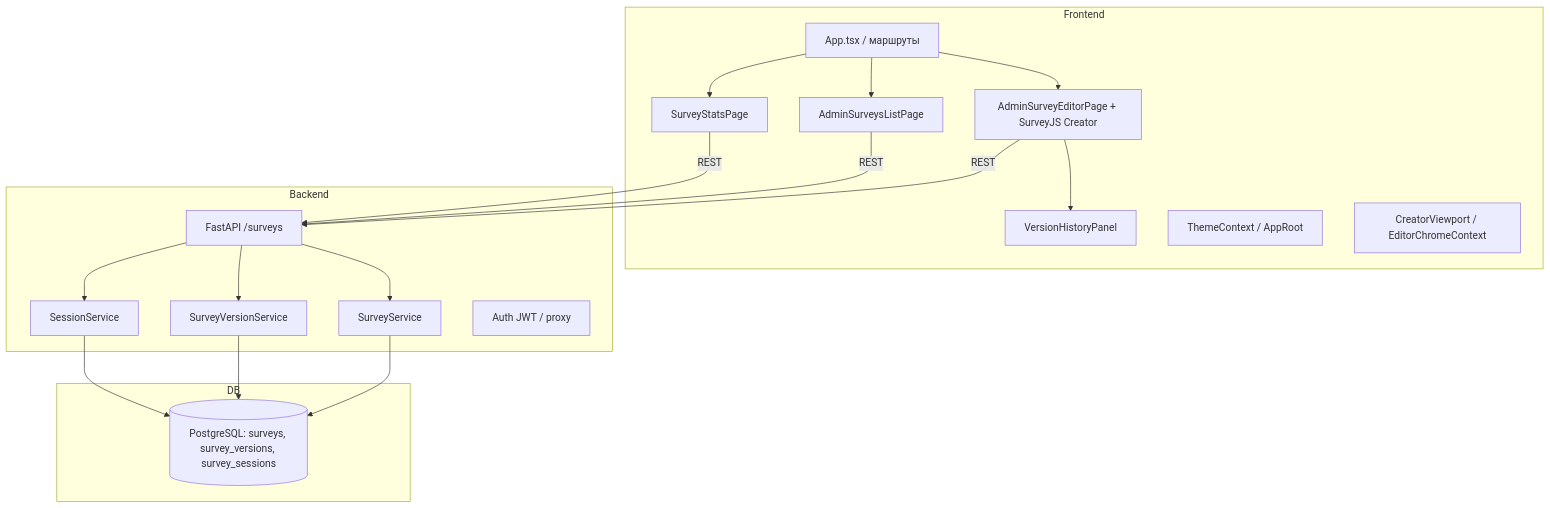
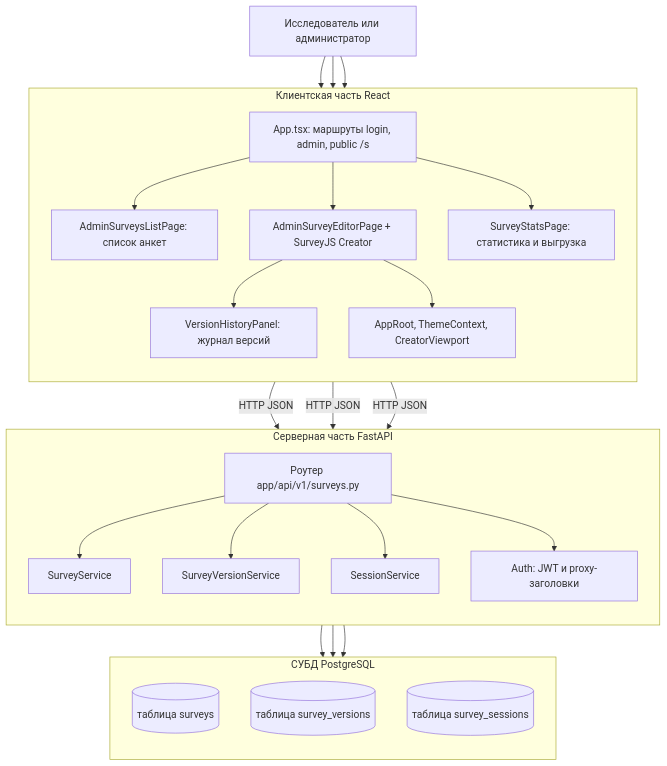
One commit to sanya2905/survey-constructor-service changed the third of 3 diagrams in docs/vkr-podsystema-konstruktor-anketirovaniya.md. Above: the diagram before and after it, drawn with Mermaid. The commit also changed other lines of this file, not shown here.

Commit message:
docs: вертикальная диаграмма 2.5 и развёрнутое описание компонентов

````diff
--- a/docs/vkr-podsystema-konstruktor-anketirovaniya.md
+++ b/docs/vkr-podsystema-konstruktor-anketirovaniya.md
@@ -127,35 +129,49 @@
 ```mermaid
-graph TB
-    subgraph Frontend
-        A[App.tsx / маршруты]
-        B[AdminSurveyEditorPage + SurveyJS Creator]
-        C[AdminSurveysListPage]
-        D[SurveyStatsPage]
-        E[VersionHistoryPanel]
-        F[ThemeContext / AppRoot]
-        G[CreatorViewport / EditorChromeContext]
+flowchart TD
+    U[Исследователь или администратор]
+
+    subgraph KLIENT[Клиентская часть React]
+        direction TB
+        R[App.tsx: маршруты login, admin, public /s]
+        L[AdminSurveysListPage: список анкет]
+        E[AdminSurveyEditorPage + SurveyJS Creator]
+        V[VersionHistoryPanel: журнал версий]
+        S[SurveyStatsPage: статистика и выгрузка]
+        T[AppRoot, ThemeContext, CreatorViewport]
+        R --> L
+        R --> E
+        R --> S
+        E --> V
+        E --> T
     end
-    subgraph Backend
-        H[FastAPI /surveys]
-        I[SurveyService]
-        J[SurveyVersionService]
-        K[SessionService]
-        L[Auth JWT / proxy]
+
+    subgraph SERVER[Серверная часть FastAPI]
+        direction TB
+        API[Роутер app/api/v1/surveys.py]
+        SV[SurveyService]
+        VER[SurveyVersionService]
+        SES[SessionService]
+        AUTH[Auth: JWT и proxy-заголовки]
+        API --> SV
+        API --> VER
+        API --> SES
+        API --> AUTH
     end
-    subgraph DB
-        M[(PostgreSQL: surveys, survey_versions, survey_sessions)]
+
+    subgraph BD[СУБД PostgreSQL]
+        direction TB
+        T1[(таблица surveys)]
+        T2[(таблица survey_versions)]
+        T3[(таблица survey_sessions)]
     end
-    A --> B
-    A --> C
-    A --> D
-    B --> E
-    B -->|REST| H
-    C -->|REST| H
-    D -->|REST| H
-    H --> I
-    H --> J
-    H --> K
-    I --> M
-    J --> M
-    K --> M
+
+    U --> L
+    U --> E
+    U --> S
+    L -->|HTTP JSON| API
+    E -->|HTTP JSON| API
+    S -->|HTTP JSON| API
+    SV --> T1
+    VER --> T2
+    SES --> T3
 ```
````
